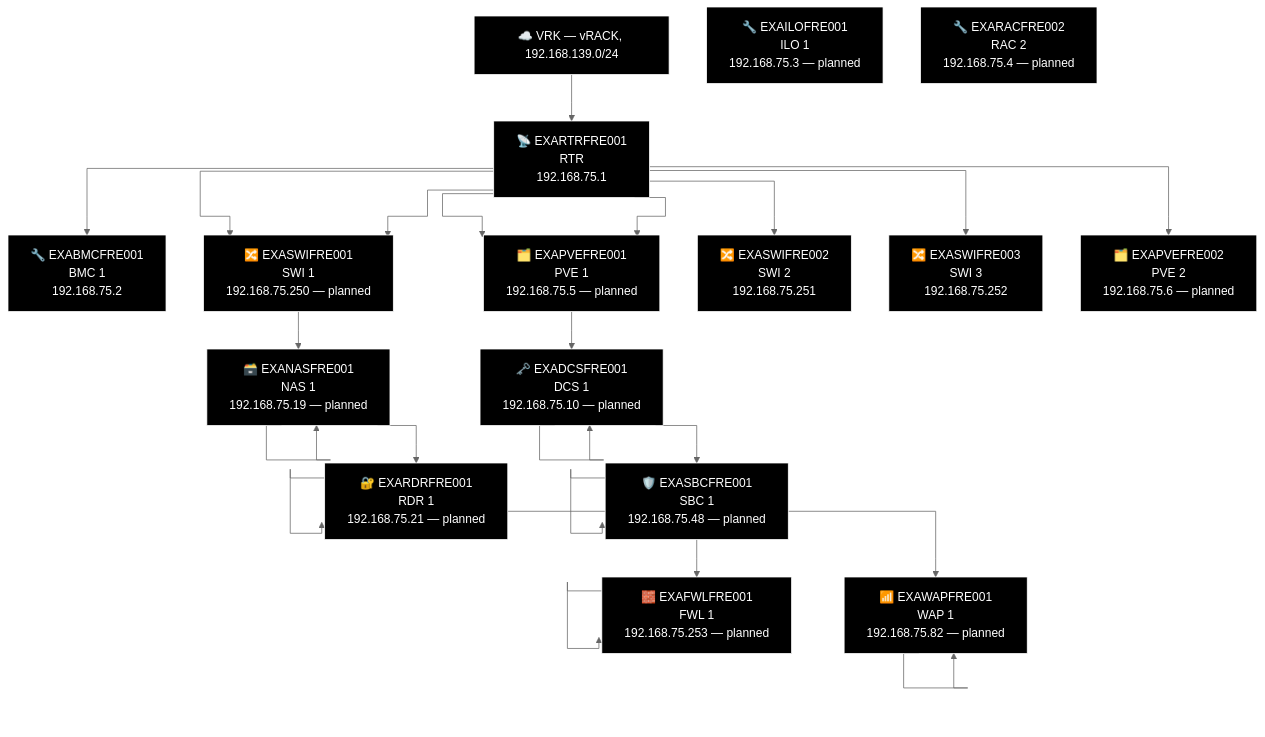
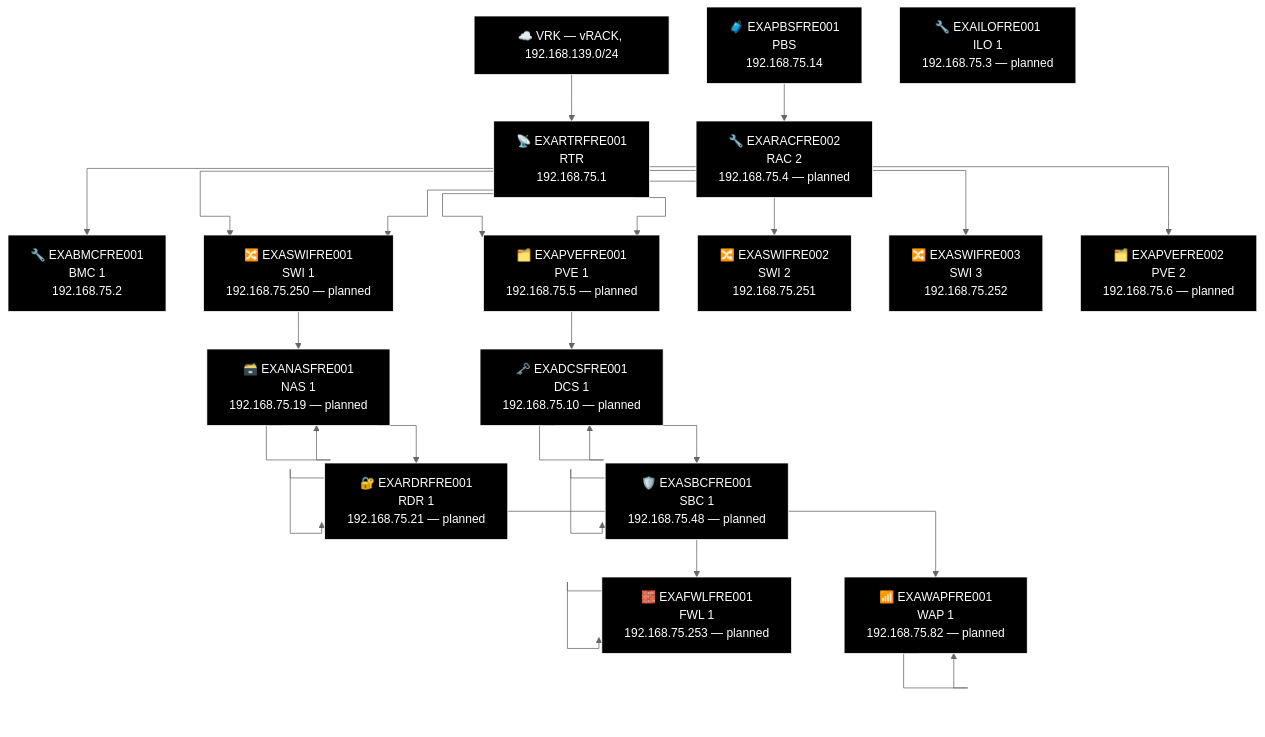
Diagram 19 of 23 in docs/network-diagram/danmark.md (knightmare2600/example_music_infra), drawn with Mermaid (neutral theme) before and after one commit. The commit also changed other lines of this file and 14 other files, not shown here.

First line of the commit message:
docs/network-diagram: regenerate, every site was missing its PBS node

````diff
--- a/docs/network-diagram/danmark.md
+++ b/docs/network-diagram/danmark.md
@@ -909,65 +927,68 @@
 ```mermaid
 %% GENERATED:TOPOLOGY:FRE:START
 %%{init: {'flowchart': {'curve': 'stepAfter'}}}%%
 graph TD
     T_VRK["☁️ VRK — vRACK, 192.168.139.0/24"]
     T_RTR["📡 EXARTRFRE001<br/>RTR<br/>192.168.75.1"]
     T_VRK --> T_RTR
     T_BMC["🔧 EXABMCFRE001<br/>BMC 1<br/>192.168.75.2"]
     T_RTR --> T_BMC
     T_PVE["🗂️ EXAPVEFRE001<br/>PVE 1<br/>192.168.75.5"]
     T_RTR --> T_PVE
     T_SWI["🔀 EXASWIFRE001<br/>SWI 1<br/>192.168.75.250"]
     T_RTR --> T_SWI
     T_SWI2["🔀 EXASWIFRE002<br/>SWI 2<br/>192.168.75.251"]
     T_RTR --> T_SWI2
     T_SWI3["🔀 EXASWIFRE003<br/>SWI 3<br/>192.168.75.252"]
     T_RTR --> T_SWI3
     T_SWI["🔀 EXASWIFRE001<br/>SWI 1<br/>192.168.75.250 — planned"]
     T_RTR --> T_SWI
     T_PVE["🗂️ EXAPVEFRE001<br/>PVE 1<br/>192.168.75.5 — planned"]
     T_RTR --> T_PVE
     T_PVE2["🗂️ EXAPVEFRE002<br/>PVE 2<br/>192.168.75.6 — planned"]
     T_RTR --> T_PVE2
     T_NAS["🗃️ EXANASFRE001<br/>NAS<br/>192.168.75.19"]
     T_NAS["🗃️ EXANASFRE001<br/>NAS 1<br/>192.168.75.19 — planned"]
     T_RDR["🔐 EXARDRFRE001<br/>RDR<br/>192.168.75.21"]
     T_RDR["🔐 EXARDRFRE001<br/>RDR 1<br/>192.168.75.21 — planned"]
     T_WAP["📶 EXAWAPFRE001<br/>WAP 1<br/>192.168.75.82"]
     T_WAP["📶 EXAWAPFRE001<br/>WAP 1<br/>192.168.75.82 — planned"]
     T_SWI --> T_NAS --> T_NAS --> T_RDR --> T_RDR --> T_WAP --> T_WAP
     T_DCS["🗝️ EXADCSFRE001<br/>DCS 1<br/>192.168.75.10"]
     T_DCS["🗝️ EXADCSFRE001<br/>DCS 1<br/>192.168.75.10 — planned"]
     T_SBC["🛡️ EXASBCFRE001<br/>SBC<br/>192.168.75.48"]
     T_SBC["🛡️ EXASBCFRE001<br/>SBC 1<br/>192.168.75.48 — planned"]
     T_FWL["🧱 EXAFWLFRE001<br/>LAN Face<br/>192.168.75.253"]
     T_FWL["🧱 EXAFWLFRE001<br/>FWL 1<br/>192.168.75.253 — planned"]
     T_PVE --> T_DCS --> T_DCS --> T_SBC --> T_SBC --> T_FWL --> T_FWL
+    T_PBS["🧳 EXAPBSFRE001<br/>PBS<br/>192.168.75.14"]
     T_ILO["🔧 EXAILOFRE001<br/>ILO 1<br/>192.168.75.3 — planned"]
     T_RAC["🔧 EXARACFRE002<br/>RAC 2<br/>192.168.75.4 — planned"]
+    T_PBS --> T_RAC
     style T_VRK fill:#000000,stroke:#FFFFFF,color:#FFFFFF
     style T_RTR fill:#000000,stroke:#FFFFFF,color:#FFFFFF
     style T_BMC fill:#000000,stroke:#FFFFFF,color:#FFFFFF
     style T_PVE fill:#000000,stroke:#FFFFFF,color:#FFFFFF
     style T_SWI fill:#000000,stroke:#FFFFFF,color:#FFFFFF
     style T_SWI2 fill:#000000,stroke:#FFFFFF,color:#FFFFFF
     style T_SWI3 fill:#000000,stroke:#FFFFFF,color:#FFFFFF
     style T_SWI fill:#000000,stroke:#FFFFFF,color:#FFFFFF
     style T_PVE fill:#000000,stroke:#FFFFFF,color:#FFFFFF
     style T_PVE2 fill:#000000,stroke:#FFFFFF,color:#FFFFFF
     style T_NAS fill:#000000,stroke:#FFFFFF,color:#FFFFFF
     style T_NAS fill:#000000,stroke:#FFFFFF,color:#FFFFFF
     style T_RDR fill:#000000,stroke:#FFFFFF,color:#FFFFFF
     style T_RDR fill:#000000,stroke:#FFFFFF,color:#FFFFFF
     style T_WAP fill:#000000,stroke:#FFFFFF,color:#FFFFFF
     style T_WAP fill:#000000,stroke:#FFFFFF,color:#FFFFFF
     style T_DCS fill:#000000,stroke:#FFFFFF,color:#FFFFFF
     style T_DCS fill:#000000,stroke:#FFFFFF,color:#FFFFFF
     style T_SBC fill:#000000,stroke:#FFFFFF,color:#FFFFFF
     style T_SBC fill:#000000,stroke:#FFFFFF,color:#FFFFFF
     style T_FWL fill:#000000,stroke:#FFFFFF,color:#FFFFFF
     style T_FWL fill:#000000,stroke:#FFFFFF,color:#FFFFFF
+    style T_PBS fill:#000000,stroke:#FFFFFF,color:#FFFFFF
     style T_ILO fill:#000000,stroke:#FFFFFF,color:#FFFFFF
     style T_RAC fill:#000000,stroke:#FFFFFF,color:#FFFFFF
 %% GENERATED:TOPOLOGY:FRE:END
 ```
````
